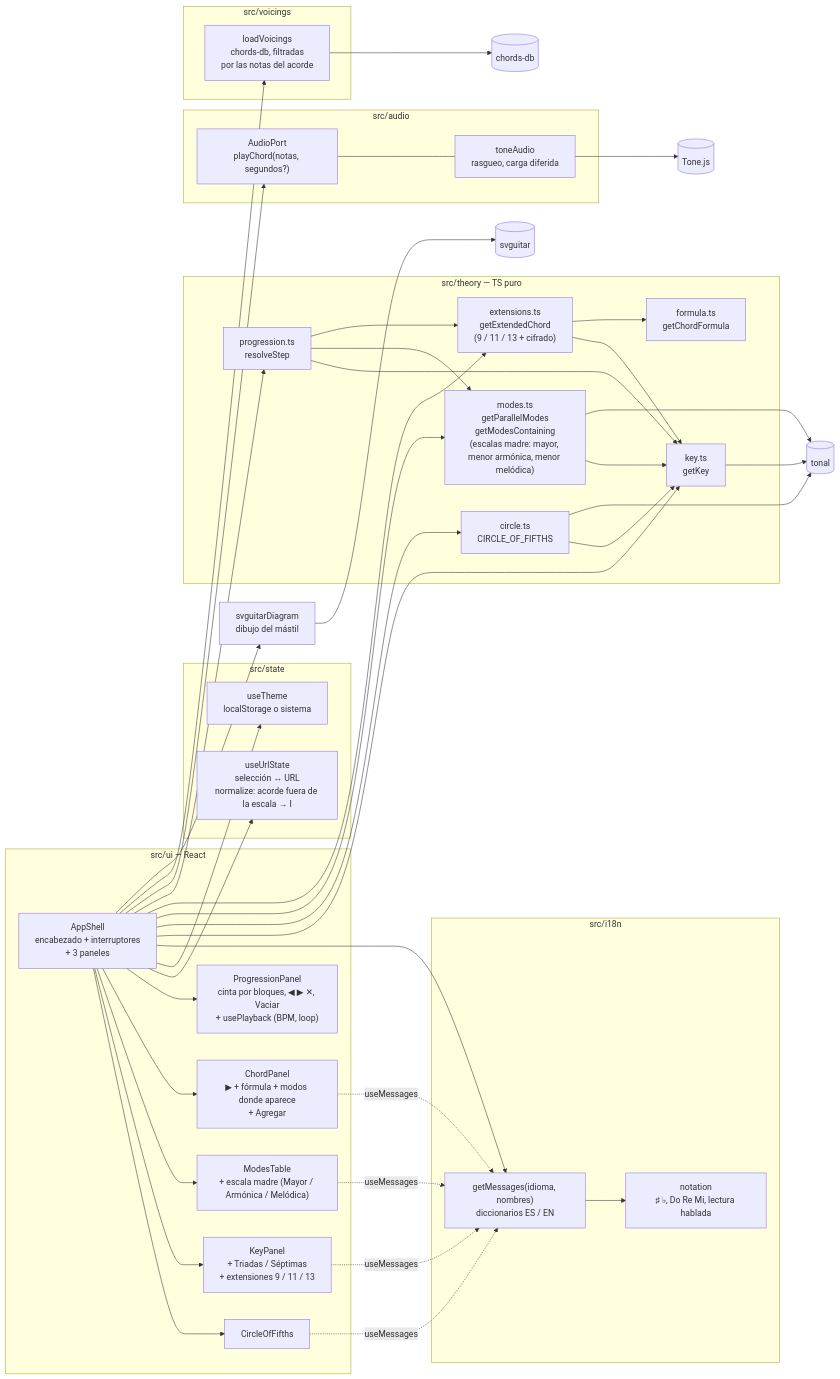
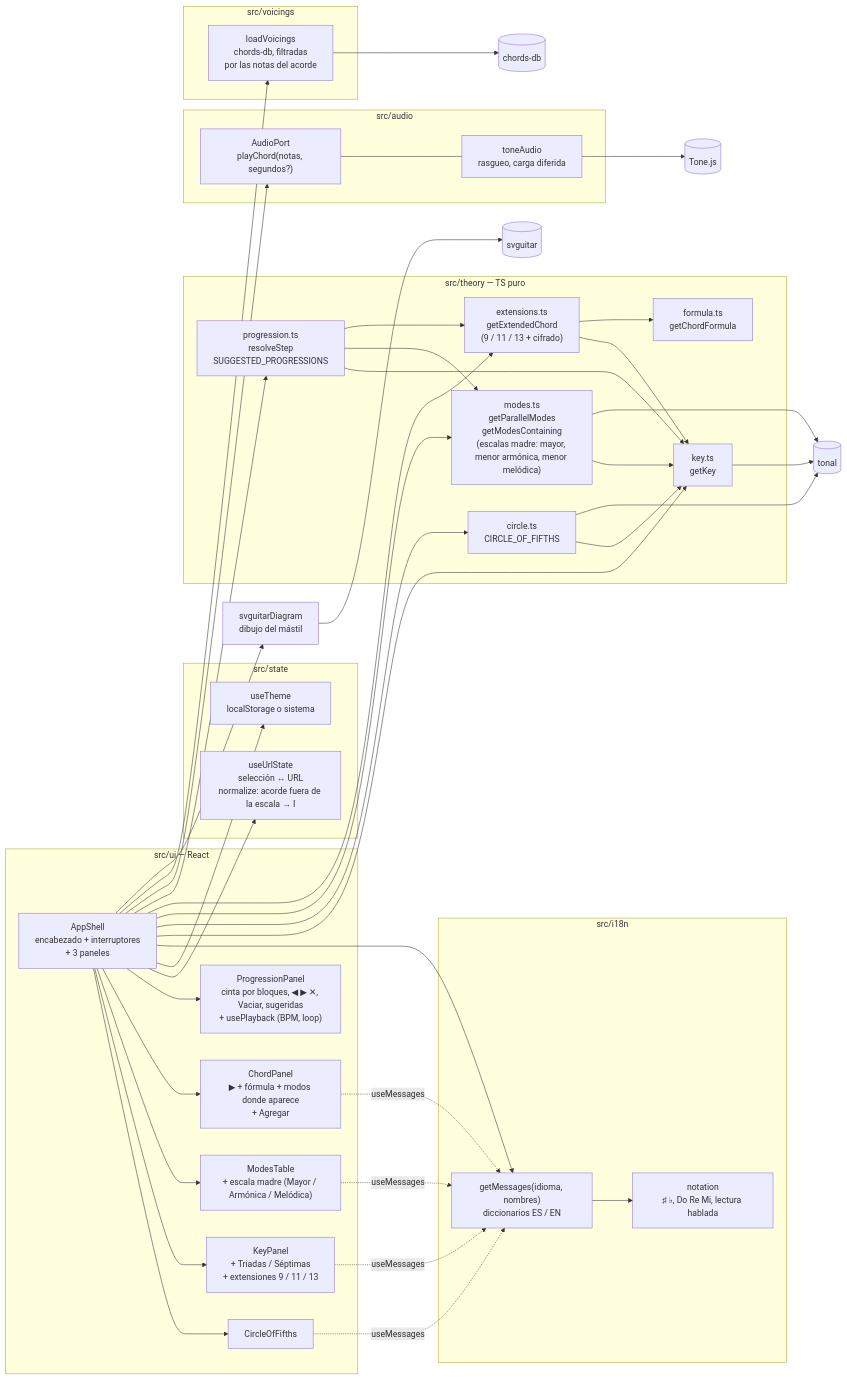
The first of 2 diagrams in README.md (AndresPampa/cheetsheet-guitar), drawn with Mermaid before and after one commit. The commit also changed other lines of this file and 10 other files, not shown here.

````diff
--- a/README.md
+++ b/README.md
@@ -100,65 +103,65 @@
 ```mermaid
 flowchart LR
     subgraph ui["src/ui — React"]
         KE["AppShell<br/>encabezado + interruptores<br/>+ 3 paneles"]
         COF["CircleOfFifths"]
         KP["KeyPanel<br/>+ Triadas / Séptimas<br/>+ extensiones 9 / 11 / 13"]
         MT["ModesTable<br/>+ escala madre (Mayor / Armónica / Melódica)"]
         CP["ChordPanel<br/>▶ + fórmula + modos donde aparece<br/>+ Agregar"]
-        PP["ProgressionPanel<br/>cinta por bloques, ◀ ▶ ✕, Vaciar<br/>+ usePlayback (BPM, loop)"]
+        PP["ProgressionPanel<br/>cinta por bloques, ◀ ▶ ✕, Vaciar, sugeridas<br/>+ usePlayback (BPM, loop)"]
         KE --> COF & KP & MT & CP & PP
     end
 
     subgraph state["src/state"]
         URL["useUrlState<br/>selección ↔ URL<br/>normalize: acorde fuera de la escala → I"]
         THEME["useTheme<br/>localStorage o sistema"]
     end
 
     subgraph i18n["src/i18n"]
         MSG["getMessages(idioma, nombres)<br/>diccionarios ES / EN"]
         NOT["notation<br/>♯ ♭, Do Re Mi, lectura hablada"]
         MSG --> NOT
     end
 
     KE --> URL & THEME & MSG
     COF & KP & MT & CP -.->|useMessages| MSG
 
     subgraph theory["src/theory — TS puro"]
         KEY["key.ts<br/>getKey"]
         MOD["modes.ts<br/>getParallelModes<br/>getModesContaining<br/>(escalas madre: mayor, menor armónica, menor melódica)"]
         CIR["circle.ts<br/>CIRCLE_OF_FIFTHS"]
         EXT["extensions.ts<br/>getExtendedChord<br/>(9 / 11 / 13 + cifrado)"]
         FOR["formula.ts<br/>getChordFormula"]
-        PRG["progression.ts<br/>resolveStep"]
+        PRG["progression.ts<br/>resolveStep<br/>SUGGESTED_PROGRESSIONS"]
         PRG --> KEY & MOD & EXT
         MOD --> KEY
         CIR --> KEY
         EXT --> KEY & FOR
     end
 
     subgraph audio["src/audio"]
         PORT["AudioPort<br/>playChord(notas, segundos?)"]
         TONEA["toneAudio<br/>rasgueo, carga diferida"]
         PORT --- TONEA
     end
 
     TONAL[("tonal")]
     TONEJS[("Tone.js")]
 
     KE --> KEY & CIR & MOD & EXT & PRG
     KE --> PORT
     TONEA --> TONEJS
     KEY & MOD & CIR --> TONAL
 
     subgraph voicings["src/voicings"]
         LV["loadVoicings<br/>chords-db, filtradas<br/>por las notas del acorde"]
     end
 
     DRAW["svguitarDiagram<br/>dibujo del mástil"]
     CHORDSDB[("chords-db")]
     SVGUITAR[("svguitar")]
 
     KE --> LV & DRAW
     LV --> CHORDSDB
     DRAW --> SVGUITAR
 ```
````
